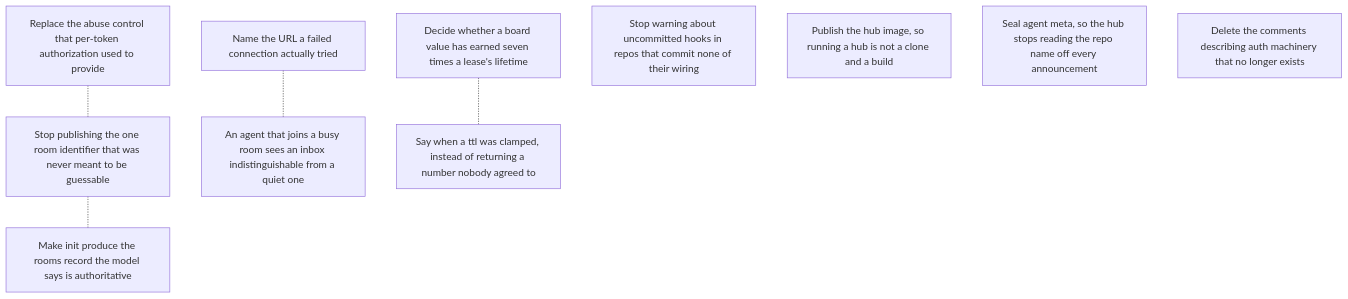
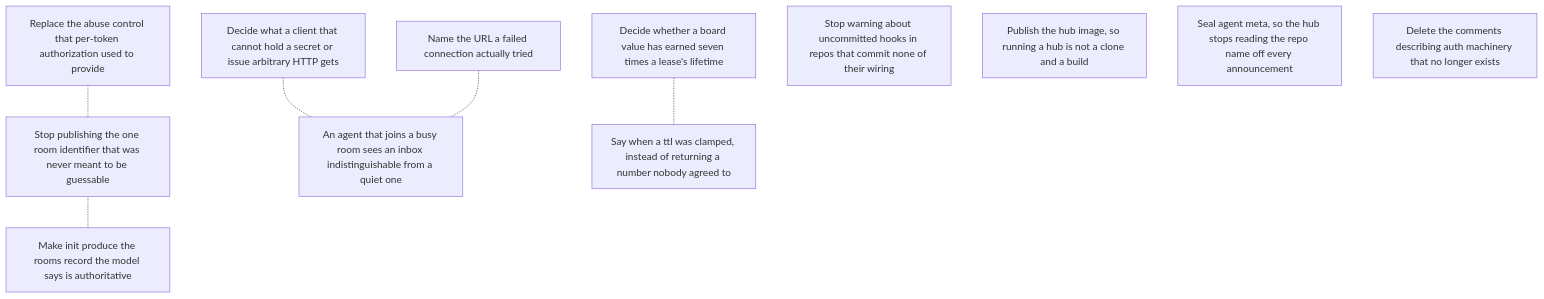
The diagram in roadmap/ROADMAP.md (gald33/switchboard), drawn with Mermaid before and after one commit. The commit also changed other lines of this file and 2 other files, not shown here.

First line of the commit message:
Roadmap: what a client that cannot POST or hold a secret gets

````diff
--- a/roadmap/ROADMAP.md
+++ b/roadmap/ROADMAP.md
@@ -50,18 +53,20 @@
 ```mermaid
 graph TD
   abuse_control_after_authorization["Replace the abuse control that per-token authorization used to provide"]
   board_ttl_ceiling["Decide whether a board value has earned seven times a lease's lifetime"]
   ci_workspace_is_public["Stop publishing the one room identifier that was never meant to be guessable"]
+  clients_that_cannot_post["Decide what a client that cannot hold a secret or issue arbitrary HTTP gets"]
   connect_failure_message["Name the URL a failed connection actually tried"]
   hooks_warning_false_positive["Stop warning about uncommitted hooks in repos that commit none of their wiring"]
   init_writes_rooms_file["Make init produce the rooms record the model says is authoritative"]
   joining_agent_sees_empty_inbox["An agent that joins a busy room sees an inbox indistinguishable from a quiet one"]
   publish_hub_container_image["Publish the hub image, so running a hub is not a clone and a build"]
   seal_agent_meta["Seal agent meta, so the hub stops reading the repo name off every announcement"]
   stale_resolver_references["Delete the comments describing auth machinery that no longer exists"]
   ttl_clamped_silently["Say when a ttl was clamped, instead of returning a number nobody agreed to"]
   abuse_control_after_authorization -.- ci_workspace_is_public
   board_ttl_ceiling -.- ttl_clamped_silently
   ci_workspace_is_public -.- init_writes_rooms_file
+  clients_that_cannot_post -.- joining_agent_sees_empty_inbox
   connect_failure_message -.- joining_agent_sees_empty_inbox
 ```
````
